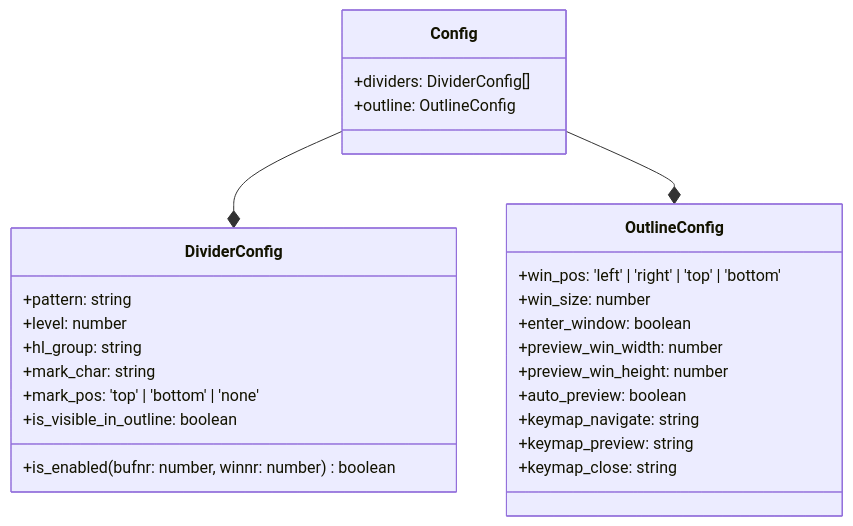
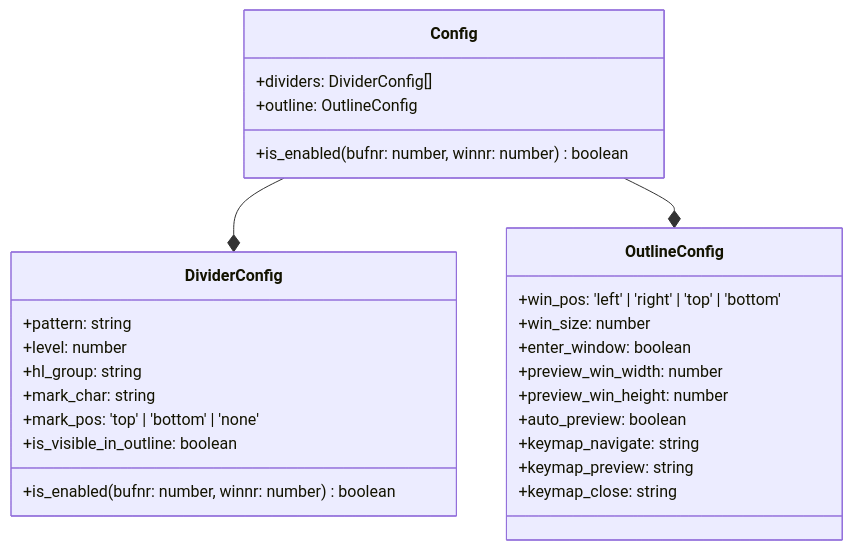
Before and after one commit to niuiic/divider.nvim: the fifth of 8 diagrams in DESIGN.md, drawn with Mermaid. The commit also changed other lines of this file and 3 other files, not shown here.

````diff
--- a/DESIGN.md
+++ b/DESIGN.md
@@ -168,31 +169,33 @@
 ```mermaid
 classDiagram
     Config --* DividerConfig
     Config --* OutlineConfig
     class Config {
         +dividers: DividerConfig[]
         +outline: OutlineConfig
+
+        +is_enabled(bufnr: number, winnr: number) boolean
     }
 
     class DividerConfig {
         +pattern: string
         +level: number
         +hl_group: string
         +mark_char: string
         +mark_pos: 'top' | 'bottom' | 'none'
         +is_visible_in_outline: boolean
         +is_enabled(bufnr: number, winnr: number) boolean
     }
 
     class OutlineConfig {
         +win_pos: 'left' | 'right' | 'top' | 'bottom'
         +win_size: number
         +enter_window: boolean
         +preview_win_width: number
         +preview_win_height: number
         +auto_preview: boolean
         +keymap_navigate: string
         +keymap_preview: string
         +keymap_close: string
     }
 ```
````
